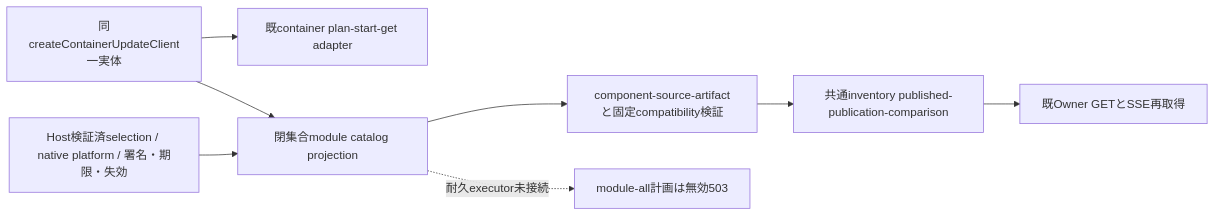
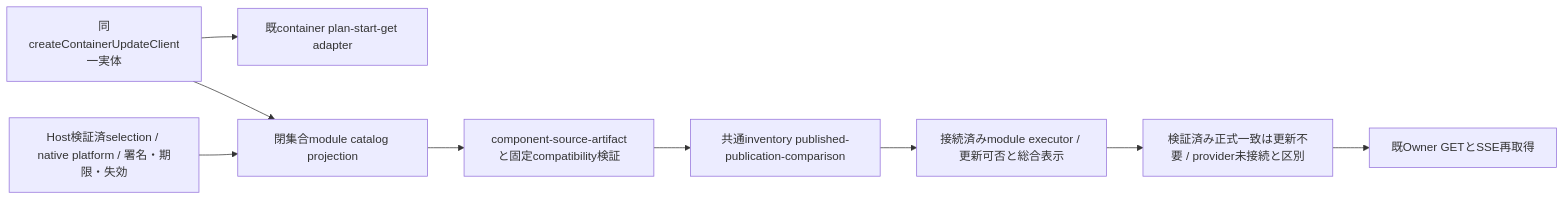
One commit to kitepon/BellTeam changed diagram 18 of 29 in docs/architecture/modules/integration/README.md. Above: the diagram before and after it, drawn with Mermaid. The commit also changed other lines of this file and 2 other files, not shown here.

Commit message:
Correct update inventory for verified current modules

````diff
--- a/docs/architecture/modules/integration/README.md
+++ b/docs/architecture/modules/integration/README.md
@@ -374,10 +374,11 @@
 ```mermaid
 flowchart LR
   Assembly[同createContainerUpdateClient一実体] --> Container[既container plan-start-get adapter]
   Assembly --> Modules[閉集合module catalog projection]
   Host[Host検証済selection / native platform / 署名・期限・失効] --> Modules
   Modules --> Check[component-source-artifactと固定compatibility検証]
   Check --> Inventory[共通inventory published-publication-comparison]
-  Inventory --> UI[既Owner GETとSSE再取得]
-  Modules -. 耐久executor未接続 .-> Disabled[module-all計画は無効503]
+  Inventory --> Executor[接続済みmodule executor / 更新可否と総合表示]
+  Executor --> Current[検証済み正式一致は更新不要 / provider未接続と区別]
+  Current --> UI[既Owner GETとSSE再取得]
 ```
````
